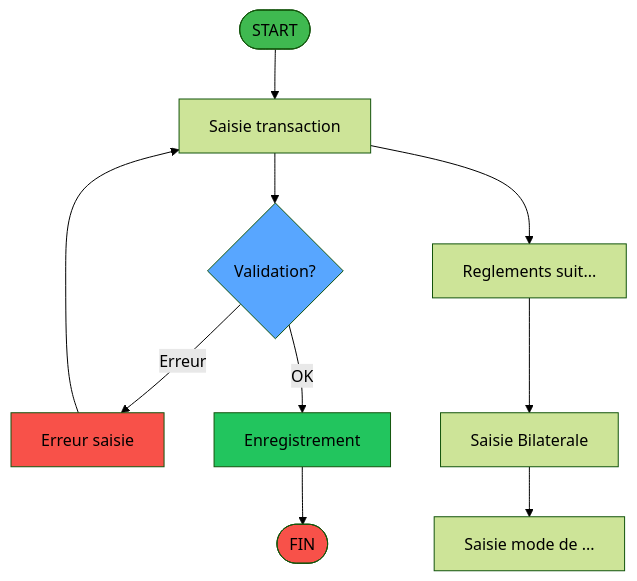
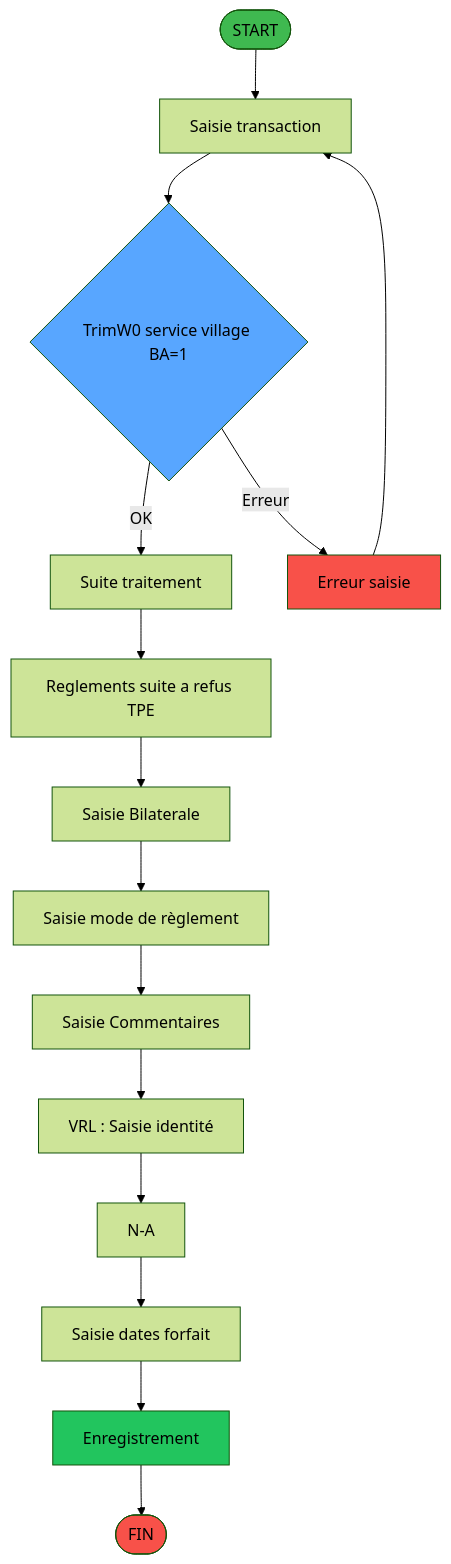
The first of 3 diagrams in .openspec/specs/ADH-IDE-237.md (thonyAGP/magic-migration), drawn with Mermaid (forest theme) before and after one commit. The commit also changed other lines of this file and 26 other files, not shown here.

````diff
--- a/.openspec/specs/ADH-IDE-237.md
+++ b/.openspec/specs/ADH-IDE-237.md
@@ -229,24 +365,33 @@
 ```mermaid
 flowchart TD
     START([START])
     style START fill:#3fb950
     F1[Saisie transaction]
     START --> F1
-    D1{Validation?}
+    D1{TrimW0 service village BA=1}
     style D1 fill:#58a6ff
     F1 --> D1
+    D1 -->|OK| NEXT1[Suite traitement]
     D1 -->|Erreur| ERR[Erreur saisie]
     ERR --> F1
     style ERR fill:#f85149
-    F2[Reglements suit...]
-    F1 --> F2
+    F2[Reglements suite a refus TPE]
+    NEXT1 --> F2
     F3[Saisie Bilaterale]
     F2 --> F3
-    F4[Saisie mode de ...]
+    F4[Saisie mode de règlement]
     F3 --> F4
-    D1 -->|OK| SAVE[Enregistrement]
+    F5[Saisie Commentaires]
+    F4 --> F5
+    F6[VRL : Saisie identité]
+    F5 --> F6
+    F7[N-A]
+    F6 --> F7
+    F8[Saisie dates forfait]
+    F7 --> F8
+    F8 --> SAVE[Enregistrement]
     style SAVE fill:#22c55e
     SAVE --> ENDOK
     ENDOK([FIN])
     style ENDOK fill:#f85149
 ```
````
